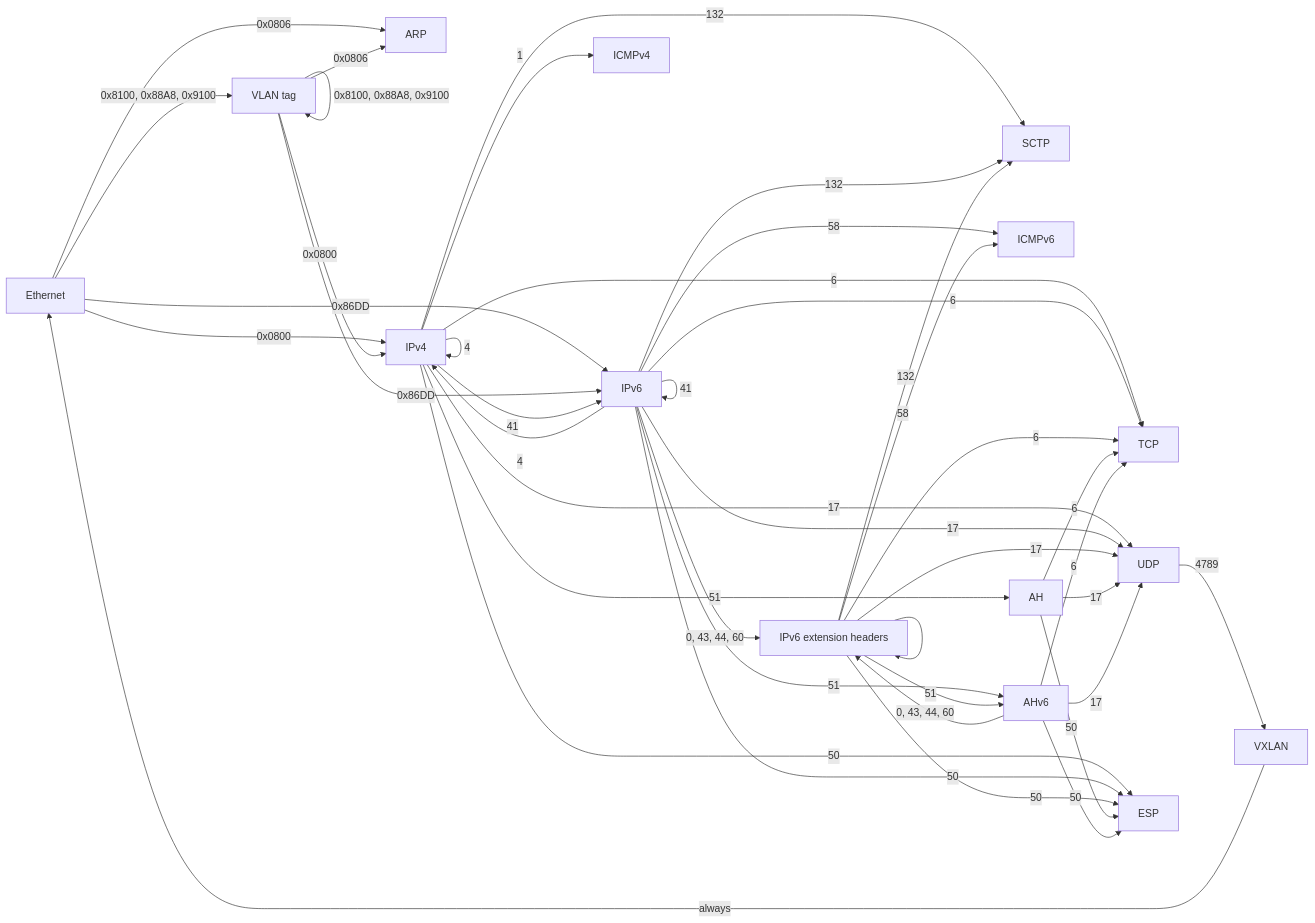
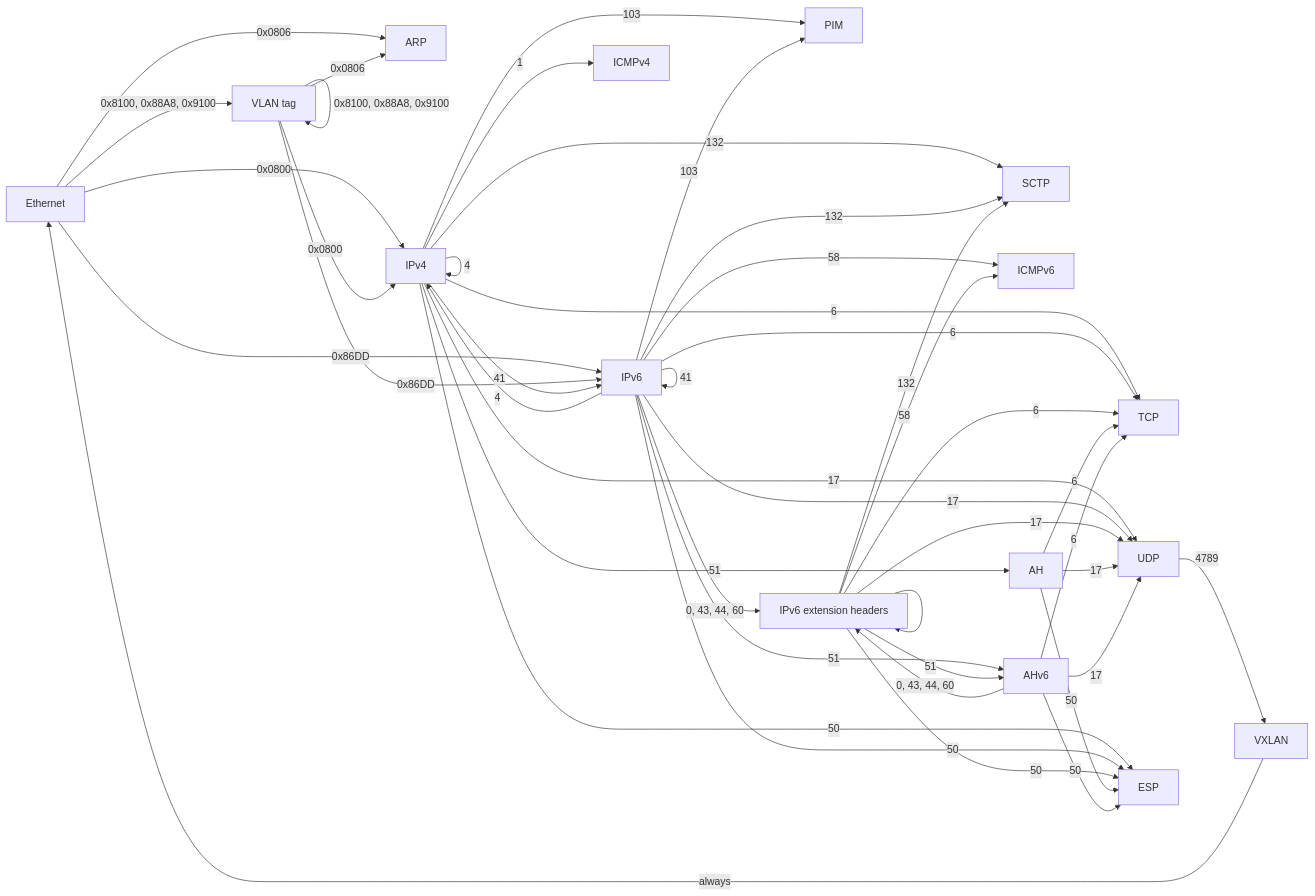
The diagram in ARCHITECTURE.md (EONRaider/NETProtocols), drawn with Mermaid before and after one commit. The commit also changed other lines of this file and 23 other files, not shown here.

````diff
--- a/ARCHITECTURE.md
+++ b/ARCHITECTURE.md
@@ -252,44 +263,46 @@
 ```mermaid
 flowchart LR
   E[Ethernet] -->|0x0806| A[ARP]
   E -->|0x0800| I4[IPv4]
   E -->|0x86DD| I6[IPv6]
   E -->|0x8100, 0x88A8, 0x9100| V[VLAN tag]
   V -->|0x8100, 0x88A8, 0x9100| V
   V -->|0x0806| A
   V -->|0x0800| I4
   V -->|0x86DD| I6
   I4 -->|1| IC4[ICMPv4]
   I4 -->|6| T[TCP]
   I4 -->|17| U[UDP]
   I4 -->|132| S[SCTP]
+  I4 -->|103| P[PIM]
   I6 -->|58| IC6[ICMPv6]
   I6 -->|6| T
   I6 -->|17| U
   I6 -->|132| S
+  I6 -->|103| P
   I4 -->|4| I4
   I4 -->|41| I6
   I6 -->|4| I4
   I6 -->|41| I6
   I4 -->|50| ESP[ESP]
   I6 -->|50| ESP
   I6 -->|0, 43, 44, 60| X[IPv6 extension headers]
   X --> X
   X -->|58| IC6
   X -->|6| T
   X -->|17| U
   X -->|132| S
   X -->|50| ESP
   I4 -->|51| AH[AH]
   AH -->|6| T
   AH -->|17| U
   AH -->|50| ESP
   I6 -->|51| AH6[AHv6]
   X -->|51| AH6
   AH6 -->|0, 43, 44, 60| X
   AH6 -->|6| T
   AH6 -->|17| U
   AH6 -->|50| ESP
   U -->|4789| VX[VXLAN]
   VX -->|always| E
 ```
````
